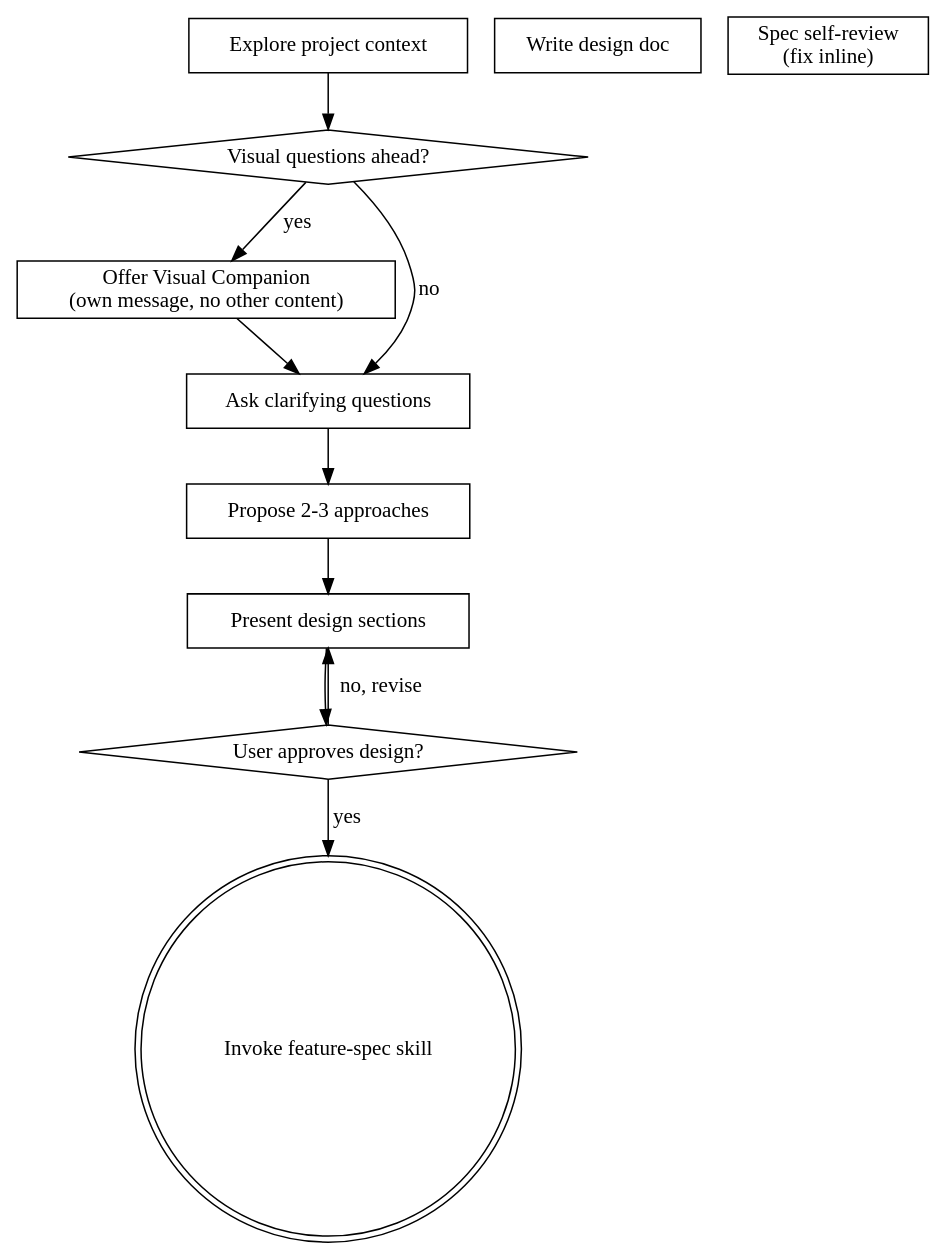
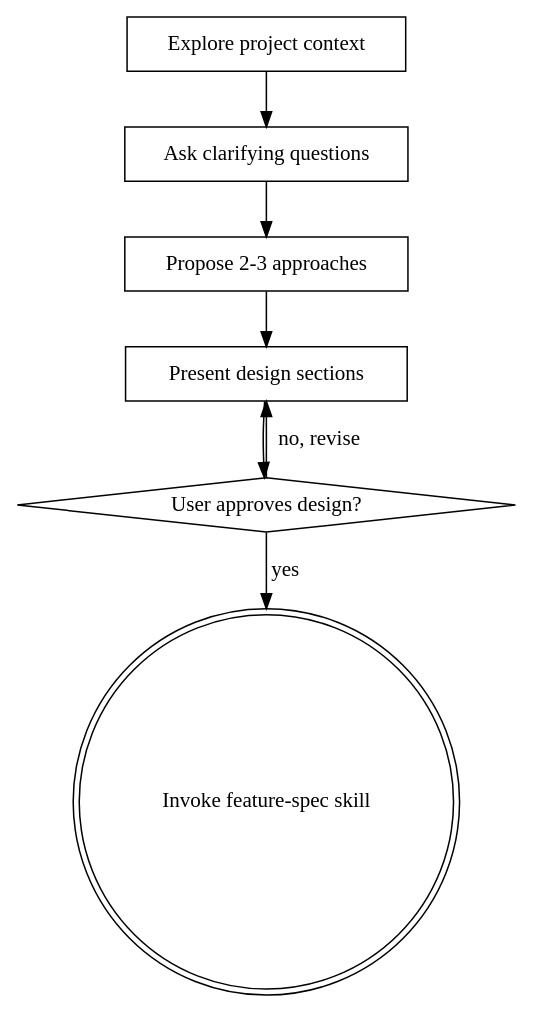
The diagram in brainstorm/SKILL.md (Kiriketsuki/agenKic-hub), drawn with Graphviz before and after one commit. The commit also changed other lines of this file and 2 other files, not shown here.

First line of the commit message:
feat(brainstorm): port upstream just-in-time companion and self-review

````diff
--- a/brainstorm/SKILL.md
+++ b/brainstorm/SKILL.md
@@ -35,25 +35,17 @@
 ```dot
 digraph brainstorm {
     "Explore project context" [shape=box];
-    "Visual questions ahead?" [shape=diamond];
-    "Offer Visual Companion\n(own message, no other content)" [shape=box];
     "Ask clarifying questions" [shape=box];
     "Propose 2-3 approaches" [shape=box];
     "Present design sections" [shape=box];
     "User approves design?" [shape=diamond];
-    "Write design doc" [shape=box];
-    "Spec self-review\n(fix inline)" [shape=box];
-    "User approves design?" [shape=diamond];
     "Invoke feature-spec skill" [shape=doublecircle];
 
-    "Explore project context" -> "Visual questions ahead?";
-    "Visual questions ahead?" -> "Offer Visual Companion\n(own message, no other content)" [label="yes"];
-    "Visual questions ahead?" -> "Ask clarifying questions" [label="no"];
-    "Offer Visual Companion\n(own message, no other content)" -> "Ask clarifying questions";
+    "Explore project context" -> "Ask clarifying questions";
     "Ask clarifying questions" -> "Propose 2-3 approaches";
     "Propose 2-3 approaches" -> "Present design sections";
     "Present design sections" -> "User approves design?";
     "User approves design?" -> "Present design sections" [label="no, revise"];
     "User approves design?" -> "Invoke feature-spec skill" [label="yes"];
 }
 ```
````
